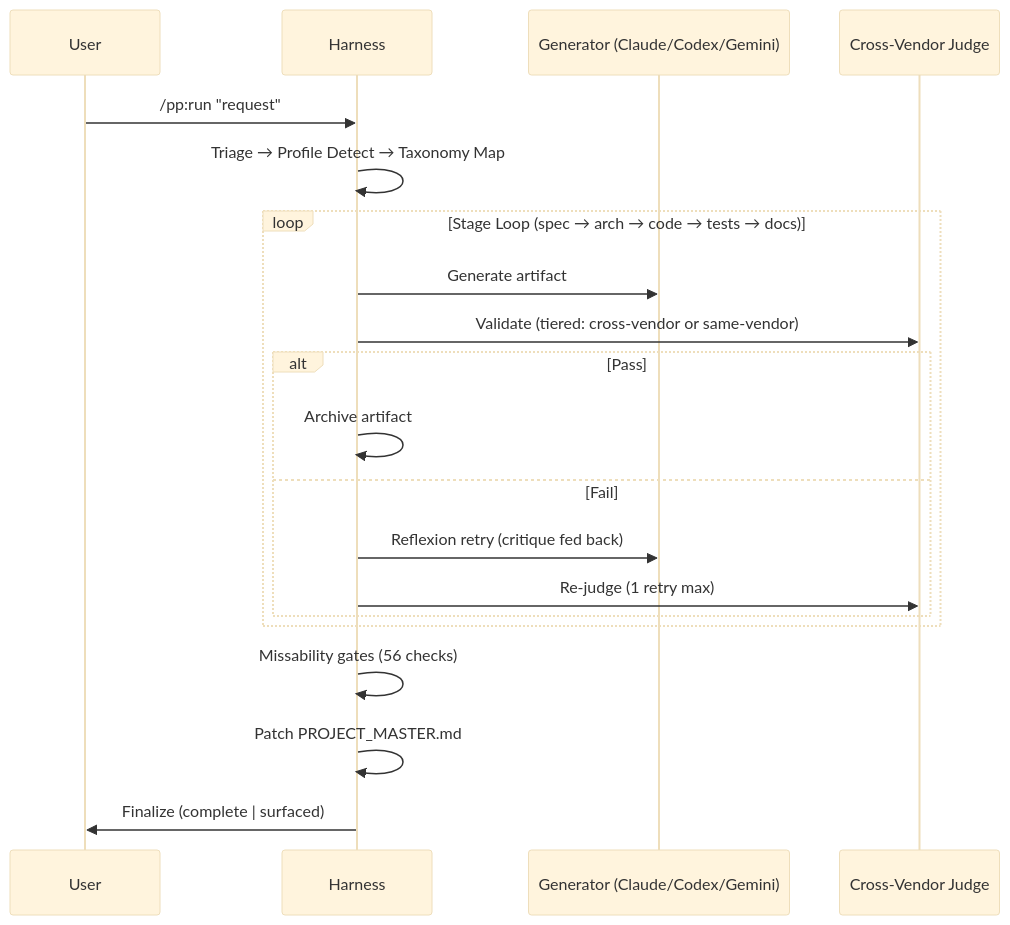
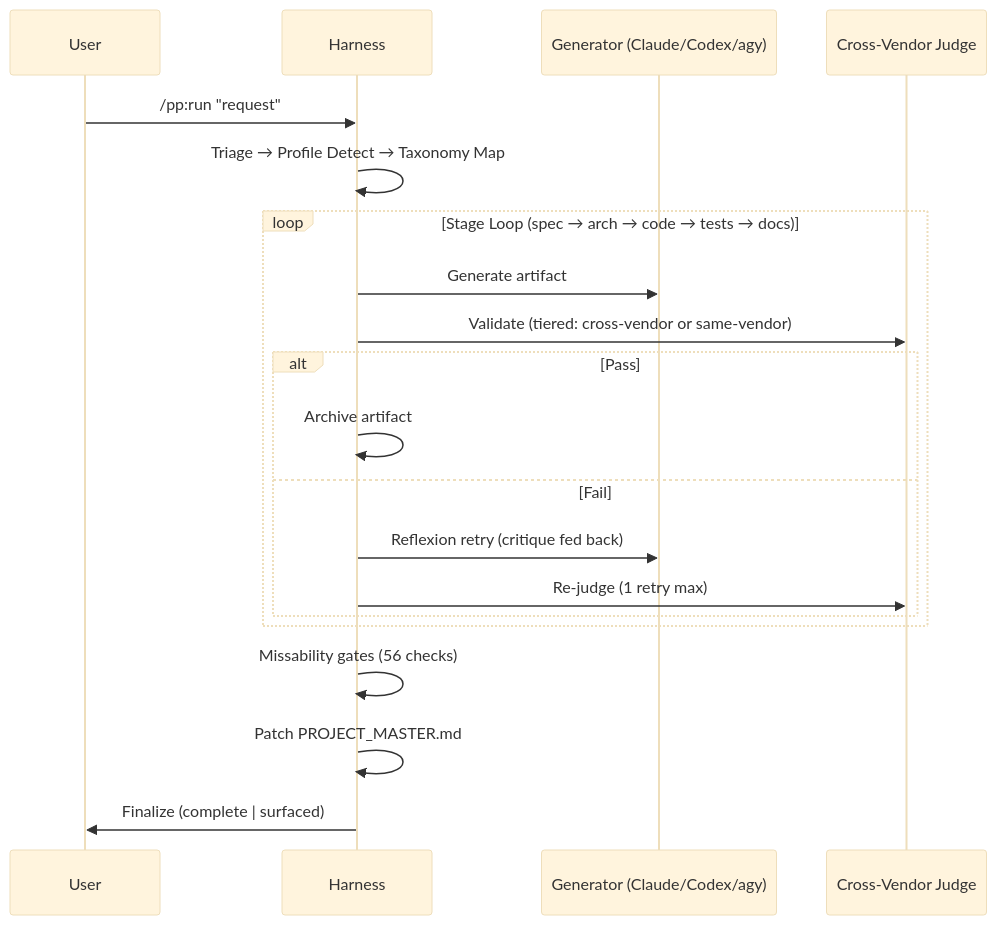
One commit to lebobo88/pair-programmer changed the second of 2 diagrams in README.md. Above: the diagram before and after it, drawn with Mermaid (base theme). The commit also changed other lines of this file and 120 other files, not shown here.

````diff
--- a/README.md
+++ b/README.md
@@ -47,22 +47,22 @@
 ```mermaid
 sequenceDiagram
     participant U as User
     participant H as Harness
-    participant G as Generator (Claude/Codex/Gemini)
+    participant G as Generator (Claude/Codex/agy)
     participant J as Cross-Vendor Judge
     U->>H: /pp:run "request"
     H->>H: Triage → Profile Detect → Taxonomy Map
     loop Stage Loop (spec → arch → code → tests → docs)
         H->>G: Generate artifact
         H->>J: Validate (tiered: cross-vendor or same-vendor)
         alt Pass
             H->>H: Archive artifact
         else Fail
             H->>G: Reflexion retry (critique fed back)
             H->>J: Re-judge (1 retry max)
         end
     end
     H->>H: Missability gates (56 checks)
     H->>H: Patch PROJECT_MASTER.md
     H->>U: Finalize (complete | surfaced)
 ```
````
